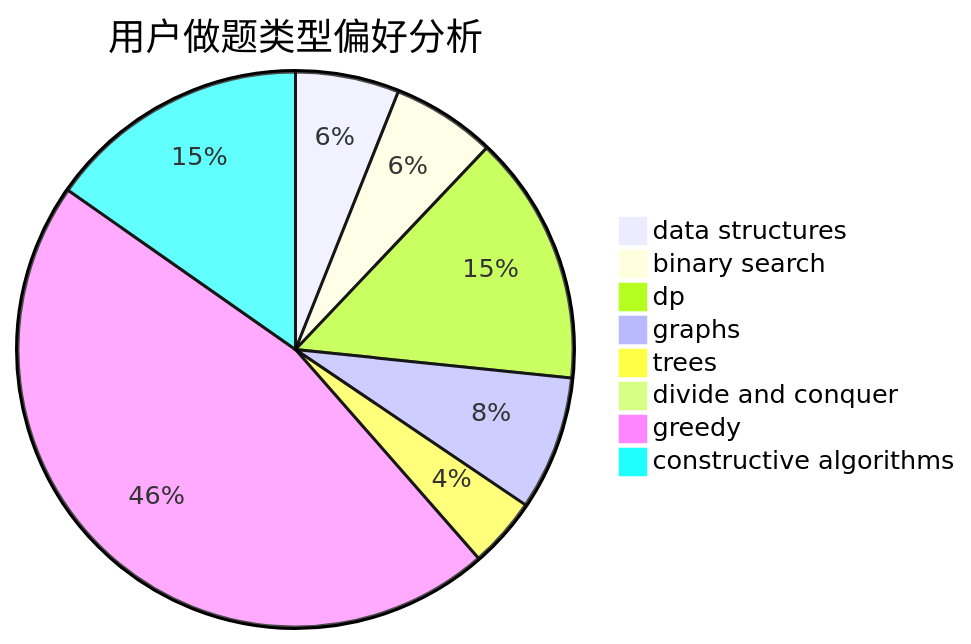
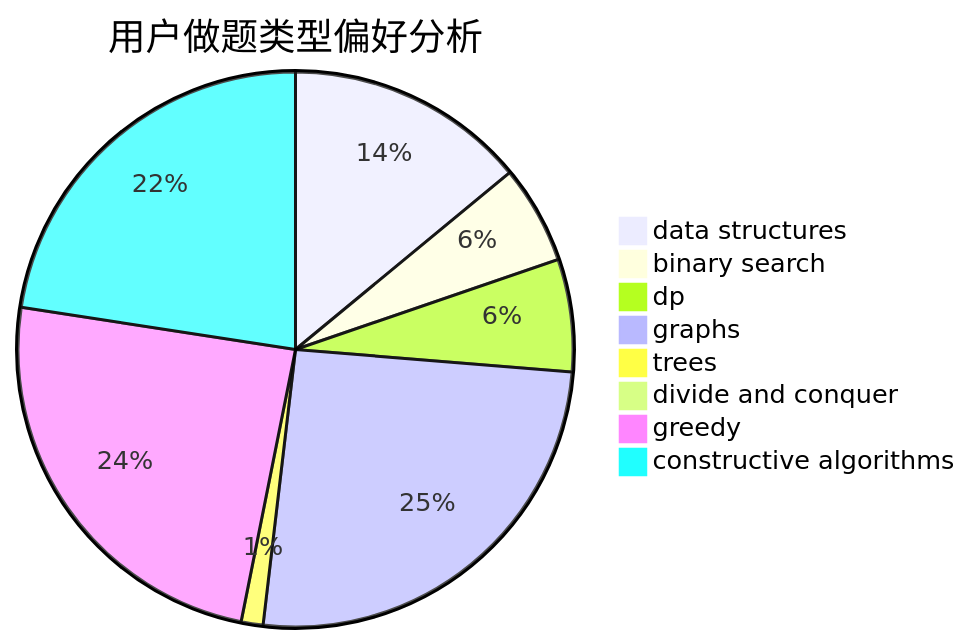
The second of 3 diagrams in docs/user/u1026.md (sherpahu/cfrs.github.io), drawn with Mermaid before and after one commit. The commit also changed other lines of this file and 2770 other files, not shown here.

````diff
--- a/docs/user/u1026.md
+++ b/docs/user/u1026.md
@@ -23,11 +23,11 @@
 ```mermaid
 pie title 用户做题类型偏好分析
-    "data structures" :  34
-    "binary search" :  34
-    "dp" :  82
-    "graphs" :  44
-    "trees" :  23
-    "divide and conquer" :  0
-    "greedy" :  260
-    "constructive algorithms" :  86
+    "data structures" :  154
+    "binary search" :  63
+    "dp" :  72
+    "graphs" :  281
+    "trees" :  14
+    "divide and conquer" :  9
+    "greedy" :  267
+    "constructive algorithms" :  248
 ```
````
